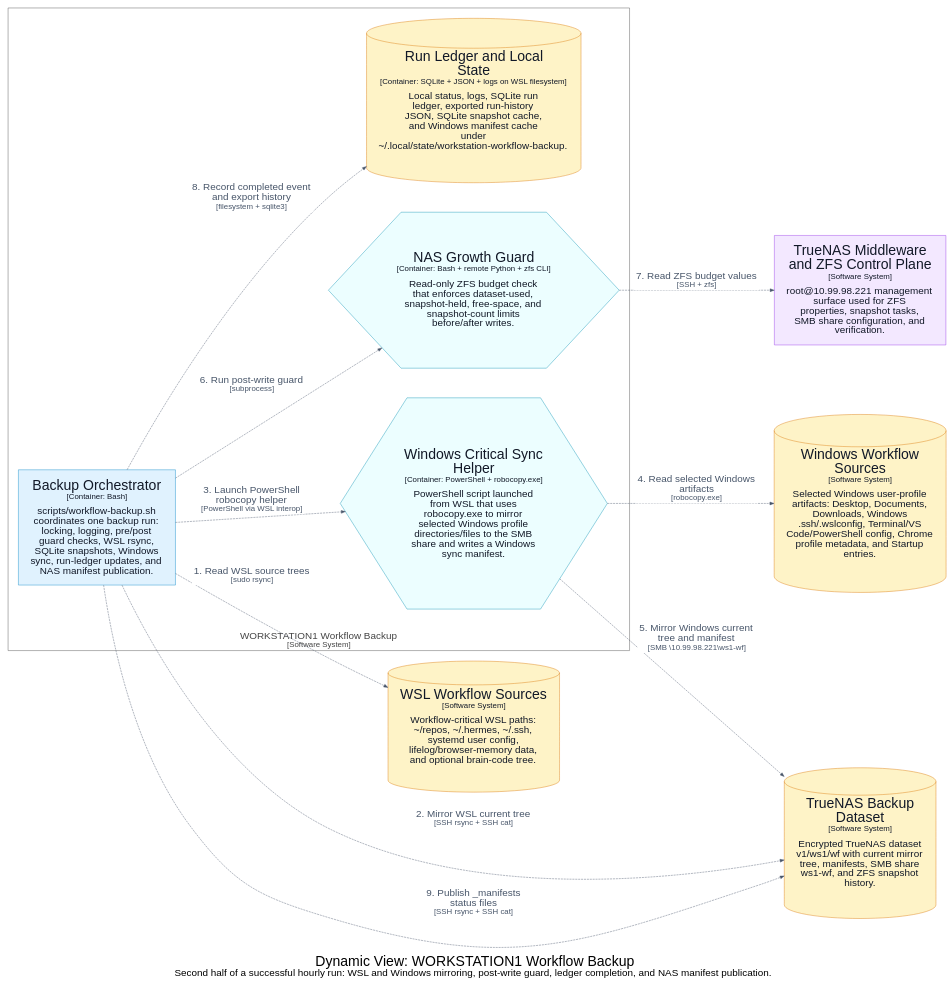
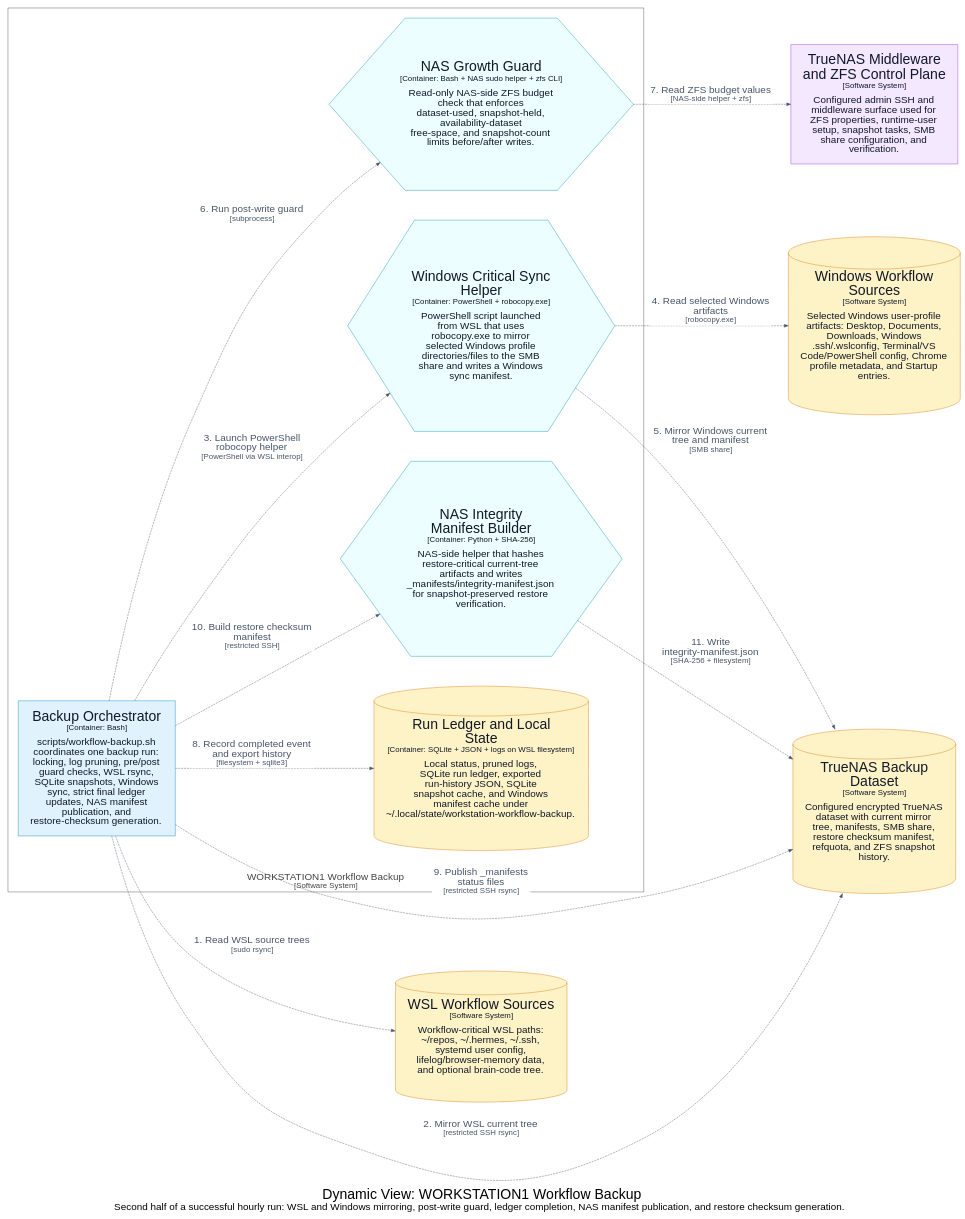
One commit to michaelnicks0/workstation-workflow-backup changed the diagram in docs/architecture/diagrams/dot/structurizr-HourlyMirrorPublishFlow.dot. Above: the diagram before and after it, drawn with Graphviz. The commit also changed 96 other files, not shown here.

Commit message:
backup: harden NAS runtime access

```diff
--- a/docs/architecture/diagrams/dot/structurizr-HourlyMirrorPublishFlow.dot
+++ b/docs/architecture/diagrams/dot/structurizr-HourlyMirrorPublishFlow.dot
@@ -3,7 +3,7 @@
   graph [fontname="Arial", rankdir=LR, ranksep=1.0, nodesep=1.0]
   node [fontname="Arial", shape=box, margin="0.4,0.3"]
   edge [fontname="Arial"]
-  label=<<br /><font point-size="34">Dynamic View: WORKSTATION1 Workflow Backup</font><br /><font point-size="24">Second half of a successful hourly run: WSL and Windows mirroring, post-write guard, ledger completion, and NAS manifest publication.</font>>
+  label=<<br /><font point-size="34">Dynamic View: WORKSTATION1 Workflow Backup</font><br /><font point-size="24">Second half of a successful hourly run: WSL and Windows mirroring, post-write guard, ledger completion, NAS manifest publication, and restore checksum generation.</font>>
 
   subgraph cluster_2 {
     margin=25
@@ -13,25 +13,28 @@
     fontcolor="#444444"
     fillcolor="#444444"
 
-    16 [id=16,shape=hexagon, label=<<font point-size="34">Windows Critical Sync<br />Helper</font><br /><font point-size="19">[Container: PowerShell + robocopy.exe]</font><br /><br /><font point-size="24">PowerShell script launched<br />from WSL that uses<br />robocopy.exe to mirror<br />selected Windows profile<br />directories/files to the SMB<br />share and writes a Windows<br />sync manifest.</font>>, style=filled, color="#0891b2", fillcolor="#ecfeff", fontcolor="#111827"]
-    17 [id=17,shape=hexagon, label=<<font point-size="34">NAS Growth Guard</font><br /><font point-size="19">[Container: Bash + remote Python + zfs CLI]</font><br /><br /><font point-size="24">Read-only ZFS budget check<br />that enforces dataset-used,<br />snapshot-held, free-space, and<br />snapshot-count limits<br />before/after writes.</font>>, style=filled, color="#0891b2", fillcolor="#ecfeff", fontcolor="#111827"]
-    21 [id=21,shape=cylinder, label=<<font point-size="34">Run Ledger and Local<br />State</font><br /><font point-size="19">[Container: SQLite + JSON + logs on WSL filesystem]</font><br /><br /><font point-size="24">Local status, logs, SQLite run<br />ledger, exported run-history<br />JSON, SQLite snapshot cache,<br />and Windows manifest cache<br />under<br />~/.local/state/workstation-workflow-backup.</font>>, style=filled, color="#d97706", fillcolor="#fef3c7", fontcolor="#111827"]
-    4 [id=4,shape=rect, label=<<font point-size="34">Backup Orchestrator</font><br /><font point-size="19">[Container: Bash]</font><br /><br /><font point-size="24">scripts/workflow-backup.sh<br />coordinates one backup run:<br />locking, logging, pre/post<br />guard checks, WSL rsync,<br />SQLite snapshots, Windows<br />sync, run-ledger updates, and<br />NAS manifest publication.</font>>, style=filled, color="#0284c7", fillcolor="#e0f2fe", fontcolor="#111827"]
+    17 [id=17,shape=hexagon, label=<<font point-size="34">Windows Critical Sync<br />Helper</font><br /><font point-size="19">[Container: PowerShell + robocopy.exe]</font><br /><br /><font point-size="24">PowerShell script launched<br />from WSL that uses<br />robocopy.exe to mirror<br />selected Windows profile<br />directories/files to the SMB<br />share and writes a Windows<br />sync manifest.</font>>, style=filled, color="#0891b2", fillcolor="#ecfeff", fontcolor="#111827"]
+    18 [id=18,shape=hexagon, label=<<font point-size="34">NAS Growth Guard</font><br /><font point-size="19">[Container: Bash + NAS sudo helper + zfs CLI]</font><br /><br /><font point-size="24">Read-only NAS-side ZFS budget<br />check that enforces<br />dataset-used, snapshot-held,<br />availability-dataset<br />free-space, and snapshot-count<br />limits before/after writes.</font>>, style=filled, color="#0891b2", fillcolor="#ecfeff", fontcolor="#111827"]
+    19 [id=19,shape=hexagon, label=<<font point-size="34">NAS Integrity<br />Manifest Builder</font><br /><font point-size="19">[Container: Python + SHA-256]</font><br /><br /><font point-size="24">NAS-side helper that hashes<br />restore-critical current-tree<br />artifacts and writes<br />_manifests/integrity-manifest.json<br />for snapshot-preserved restore<br />verification.</font>>, style=filled, color="#0891b2", fillcolor="#ecfeff", fontcolor="#111827"]
+    25 [id=25,shape=cylinder, label=<<font point-size="34">Run Ledger and Local<br />State</font><br /><font point-size="19">[Container: SQLite + JSON + logs on WSL filesystem]</font><br /><br /><font point-size="24">Local status, pruned logs,<br />SQLite run ledger, exported<br />run-history JSON, SQLite<br />snapshot cache, and Windows<br />manifest cache under<br />~/.local/state/workstation-workflow-backup.</font>>, style=filled, color="#d97706", fillcolor="#fef3c7", fontcolor="#111827"]
+    4 [id=4,shape=rect, label=<<font point-size="34">Backup Orchestrator</font><br /><font point-size="19">[Container: Bash]</font><br /><br /><font point-size="24">scripts/workflow-backup.sh<br />coordinates one backup run:<br />locking, log pruning, pre/post<br />guard checks, WSL rsync,<br />SQLite snapshots, Windows<br />sync, strict final ledger<br />updates, NAS manifest<br />publication, and<br />restore-checksum generation.</font>>, style=filled, color="#0284c7", fillcolor="#e0f2fe", fontcolor="#111827"]
   }
 
-  22 [id=22,shape=cylinder, label=<<font point-size="34">WSL Workflow Sources</font><br /><font point-size="19">[Software System]</font><br /><br /><font point-size="24">Workflow-critical WSL paths:<br />~/repos, ~/.hermes, ~/.ssh,<br />systemd user config,<br />lifelog/browser-memory data,<br />and optional brain-code tree.</font>>, style=filled, color="#d97706", fillcolor="#fef3c7", fontcolor="#111827"]
-  23 [id=23,shape=cylinder, label=<<font point-size="34">Windows Workflow<br />Sources</font><br /><font point-size="19">[Software System]</font><br /><br /><font point-size="24">Selected Windows user-profile<br />artifacts: Desktop, Documents,<br />Downloads, Windows<br />.ssh/.wslconfig, Terminal/VS<br />Code/PowerShell config, Chrome<br />profile metadata, and Startup<br />entries.</font>>, style=filled, color="#d97706", fillcolor="#fef3c7", fontcolor="#111827"]
-  24 [id=24,shape=cylinder, label=<<font point-size="34">TrueNAS Backup<br />Dataset</font><br /><font point-size="19">[Software System]</font><br /><br /><font point-size="24">Encrypted TrueNAS dataset<br />v1/ws1/wf with current mirror<br />tree, manifests, SMB share<br />ws1-wf, and ZFS snapshot<br />history.</font>>, style=filled, color="#d97706", fillcolor="#fef3c7", fontcolor="#111827"]
-  25 [id=25,shape=rect, label=<<font point-size="34">TrueNAS Middleware<br />and ZFS Control Plane</font><br /><font point-size="19">[Software System]</font><br /><br /><font point-size="24">root@10.99.98.221 management<br />surface used for ZFS<br />properties, snapshot tasks,<br />SMB share configuration, and<br />verification.</font>>, style=filled, color="#9333ea", fillcolor="#f3e8ff", fontcolor="#111827"]
+  26 [id=26,shape=cylinder, label=<<font point-size="34">WSL Workflow Sources</font><br /><font point-size="19">[Software System]</font><br /><br /><font point-size="24">Workflow-critical WSL paths:<br />~/repos, ~/.hermes, ~/.ssh,<br />systemd user config,<br />lifelog/browser-memory data,<br />and optional brain-code tree.</font>>, style=filled, color="#d97706", fillcolor="#fef3c7", fontcolor="#111827"]
+  27 [id=27,shape=cylinder, label=<<font point-size="34">Windows Workflow<br />Sources</font><br /><font point-size="19">[Software System]</font><br /><br /><font point-size="24">Selected Windows user-profile<br />artifacts: Desktop, Documents,<br />Downloads, Windows<br />.ssh/.wslconfig, Terminal/VS<br />Code/PowerShell config, Chrome<br />profile metadata, and Startup<br />entries.</font>>, style=filled, color="#d97706", fillcolor="#fef3c7", fontcolor="#111827"]
+  28 [id=28,shape=cylinder, label=<<font point-size="34">TrueNAS Backup<br />Dataset</font><br /><font point-size="19">[Software System]</font><br /><br /><font point-size="24">Configured encrypted TrueNAS<br />dataset with current mirror<br />tree, manifests, SMB share,<br />restore checksum manifest,<br />refquota, and ZFS snapshot<br />history.</font>>, style=filled, color="#d97706", fillcolor="#fef3c7", fontcolor="#111827"]
+  29 [id=29,shape=rect, label=<<font point-size="34">TrueNAS Middleware<br />and ZFS Control Plane</font><br /><font point-size="19">[Software System]</font><br /><br /><font point-size="24">Configured admin SSH and<br />middleware surface used for<br />ZFS properties, runtime-user<br />setup, snapshot tasks, SMB<br />share configuration, and<br />verification.</font>>, style=filled, color="#9333ea", fillcolor="#f3e8ff", fontcolor="#111827"]
 
-  4 -> 22 [id=45, label=<<TABLE BORDER="0" CELLBORDER="0" CELLSPACING="0" CELLPADDING="4" BGCOLOR="white"><TR><TD><font point-size="24">1. Read WSL source trees</font><br /><font point-size="19">[sudo rsync]</font></TD></TR></TABLE>>, style="dashed", color="#475569", fontcolor="#475569"]
-  4 -> 24 [id=46, label=<<TABLE BORDER="0" CELLBORDER="0" CELLSPACING="0" CELLPADDING="4" BGCOLOR="white"><TR><TD><font point-size="24">2. Mirror WSL current tree</font><br /><font point-size="19">[SSH rsync + SSH cat]</font></TD></TR></TABLE>>, style="dashed", color="#475569", fontcolor="#475569"]
-  4 -> 16 [id=48, label=<<TABLE BORDER="0" CELLBORDER="0" CELLSPACING="0" CELLPADDING="4" BGCOLOR="white"><TR><TD><font point-size="24">3. Launch PowerShell<br />robocopy helper</font><br /><font point-size="19">[PowerShell via WSL interop]</font></TD></TR></TABLE>>, style="dashed", color="#475569", fontcolor="#475569"]
-  16 -> 23 [id=49, label=<<TABLE BORDER="0" CELLBORDER="0" CELLSPACING="0" CELLPADDING="4" BGCOLOR="white"><TR><TD><font point-size="24">4. Read selected Windows<br />artifacts</font><br /><font point-size="19">[robocopy.exe]</font></TD></TR></TABLE>>, style="dashed", color="#475569", fontcolor="#475569"]
-  16 -> 24 [id=51, label=<<TABLE BORDER="0" CELLBORDER="0" CELLSPACING="0" CELLPADDING="4" BGCOLOR="white"><TR><TD><font point-size="24">5. Mirror Windows current<br />tree and manifest</font><br /><font point-size="19">[SMB \\10.99.98.221\\ws1-wf]</font></TD></TR></TABLE>>, style="dashed", color="#475569", fontcolor="#475569"]
-  4 -> 17 [id=38, label=<<TABLE BORDER="0" CELLBORDER="0" CELLSPACING="0" CELLPADDING="4" BGCOLOR="white"><TR><TD><font point-size="24">6. Run post-write guard</font><br /><font point-size="19">[subprocess]</font></TD></TR></TABLE>>, style="dashed", color="#475569", fontcolor="#475569"]
-  17 -> 25 [id=39, label=<<TABLE BORDER="0" CELLBORDER="0" CELLSPACING="0" CELLPADDING="4" BGCOLOR="white"><TR><TD><font point-size="24">7. Read ZFS budget values</font><br /><font point-size="19">[SSH + zfs]</font></TD></TR></TABLE>>, style="dashed", color="#475569", fontcolor="#475569"]
-  4 -> 21 [id=37, label=<<TABLE BORDER="0" CELLBORDER="0" CELLSPACING="0" CELLPADDING="4" BGCOLOR="white"><TR><TD><font point-size="24">8. Record completed event<br />and export history</font><br /><font point-size="19">[filesystem + sqlite3]</font></TD></TR></TABLE>>, style="dashed", color="#475569", fontcolor="#475569"]
-  4 -> 24 [id=46, label=<<TABLE BORDER="0" CELLBORDER="0" CELLSPACING="0" CELLPADDING="4" BGCOLOR="white"><TR><TD><font point-size="24">9. Publish _manifests<br />status files</font><br /><font point-size="19">[SSH rsync + SSH cat]</font></TD></TR></TABLE>>, style="dashed", color="#475569", fontcolor="#475569"]
+  4 -> 26 [id=49, label=<<TABLE BORDER="0" CELLBORDER="0" CELLSPACING="0" CELLPADDING="4" BGCOLOR="white"><TR><TD><font point-size="24">1. Read WSL source trees</font><br /><font point-size="19">[sudo rsync]</font></TD></TR></TABLE>>, style="dashed", color="#475569", fontcolor="#475569"]
+  4 -> 28 [id=55, label=<<TABLE BORDER="0" CELLBORDER="0" CELLSPACING="0" CELLPADDING="4" BGCOLOR="white"><TR><TD><font point-size="24">2. Mirror WSL current tree</font><br /><font point-size="19">[restricted SSH rsync]</font></TD></TR></TABLE>>, style="dashed", color="#475569", fontcolor="#475569"]
+  4 -> 17 [id=56, label=<<TABLE BORDER="0" CELLBORDER="0" CELLSPACING="0" CELLPADDING="4" BGCOLOR="white"><TR><TD><font point-size="24">3. Launch PowerShell<br />robocopy helper</font><br /><font point-size="19">[PowerShell via WSL interop]</font></TD></TR></TABLE>>, style="dashed", color="#475569", fontcolor="#475569"]
+  17 -> 27 [id=57, label=<<TABLE BORDER="0" CELLBORDER="0" CELLSPACING="0" CELLPADDING="4" BGCOLOR="white"><TR><TD><font point-size="24">4. Read selected Windows<br />artifacts</font><br /><font point-size="19">[robocopy.exe]</font></TD></TR></TABLE>>, style="dashed", color="#475569", fontcolor="#475569"]
+  17 -> 28 [id=59, label=<<TABLE BORDER="0" CELLBORDER="0" CELLSPACING="0" CELLPADDING="4" BGCOLOR="white"><TR><TD><font point-size="24">5. Mirror Windows current<br />tree and manifest</font><br /><font point-size="19">[SMB share]</font></TD></TR></TABLE>>, style="dashed", color="#475569", fontcolor="#475569"]
+  4 -> 18 [id=42, label=<<TABLE BORDER="0" CELLBORDER="0" CELLSPACING="0" CELLPADDING="4" BGCOLOR="white"><TR><TD><font point-size="24">6. Run post-write guard</font><br /><font point-size="19">[subprocess]</font></TD></TR></TABLE>>, style="dashed", color="#475569", fontcolor="#475569"]
+  18 -> 29 [id=43, label=<<TABLE BORDER="0" CELLBORDER="0" CELLSPACING="0" CELLPADDING="4" BGCOLOR="white"><TR><TD><font point-size="24">7. Read ZFS budget values</font><br /><font point-size="19">[NAS-side helper + zfs]</font></TD></TR></TABLE>>, style="dashed", color="#475569", fontcolor="#475569"]
+  4 -> 25 [id=41, label=<<TABLE BORDER="0" CELLBORDER="0" CELLSPACING="0" CELLPADDING="4" BGCOLOR="white"><TR><TD><font point-size="24">8. Record completed event<br />and export history</font><br /><font point-size="19">[filesystem + sqlite3]</font></TD></TR></TABLE>>, style="dashed", color="#475569", fontcolor="#475569"]
+  4 -> 28 [id=55, label=<<TABLE BORDER="0" CELLBORDER="0" CELLSPACING="0" CELLPADDING="4" BGCOLOR="white"><TR><TD><font point-size="24">9. Publish _manifests<br />status files</font><br /><font point-size="19">[restricted SSH rsync]</font></TD></TR></TABLE>>, style="dashed", color="#475569", fontcolor="#475569"]
+  4 -> 19 [id=61, label=<<TABLE BORDER="0" CELLBORDER="0" CELLSPACING="0" CELLPADDING="4" BGCOLOR="white"><TR><TD><font point-size="24">10. Build restore checksum<br />manifest</font><br /><font point-size="19">[restricted SSH]</font></TD></TR></TABLE>>, style="dashed", color="#475569", fontcolor="#475569"]
+  19 -> 28 [id=62, label=<<TABLE BORDER="0" CELLBORDER="0" CELLSPACING="0" CELLPADDING="4" BGCOLOR="white"><TR><TD><font point-size="24">11. Write<br />integrity-manifest.json</font><br /><font point-size="19">[SHA-256 + filesystem]</font></TD></TR></TABLE>>, style="dashed", color="#475569", fontcolor="#475569"]
 
 }
```
